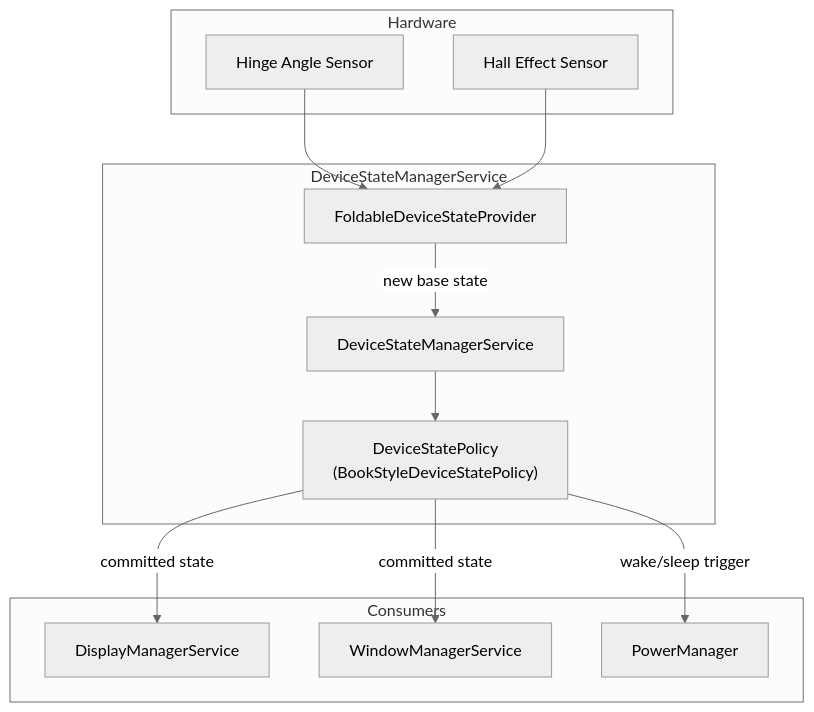
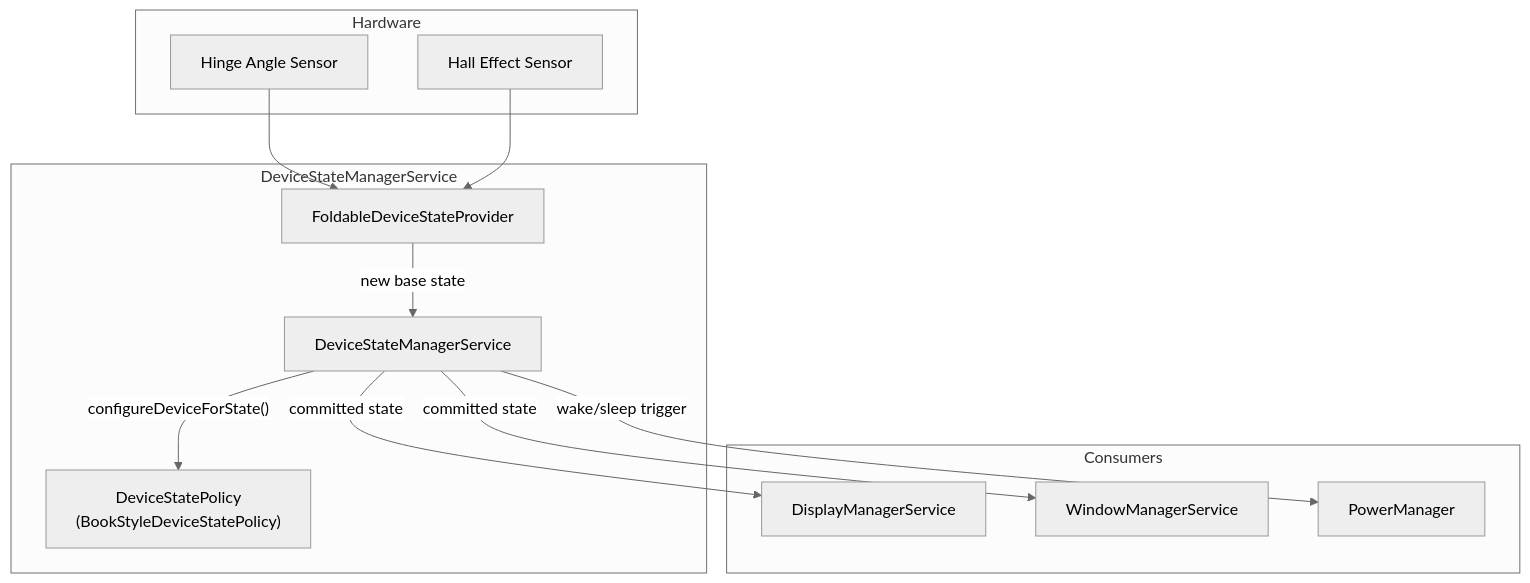
One commit to aospbooks/aosp-internal-book changed diagram 15 of 43 in agents/claude/skills/aosp-framework-core/24-display-system.md. Above: the diagram before and after it, drawn with Mermaid (neutral theme). The commit also changed other lines of this file and 218 other files, not shown here.

````diff
--- a/agents/claude/skills/aosp-framework-core/24-display-system.md
+++ b/agents/claude/skills/aosp-framework-core/24-display-system.md
@@ -1348,27 +1358,27 @@
 ```mermaid
 graph TD
     subgraph "Hardware"
         HA["Hinge Angle Sensor"]
         HE["Hall Effect Sensor"]
     end
 
     subgraph "DeviceStateManagerService"
         FDSP["FoldableDeviceStateProvider"]
         DSMS2["DeviceStateManagerService"]
         DSP["DeviceStatePolicy<br/>(BookStyleDeviceStatePolicy)"]
     end
 
     subgraph "Consumers"
         DMS2["DisplayManagerService"]
         WMS2["WindowManagerService"]
         PM["PowerManager"]
     end
 
     HA --> FDSP
     HE --> FDSP
     FDSP -->|"new base state"| DSMS2
-    DSMS2 --> DSP
-    DSP -->|"committed state"| DMS2
-    DSP -->|"committed state"| WMS2
-    DSP -->|"wake/sleep trigger"| PM
+    DSMS2 -->|"configureDeviceForState()"| DSP
+    DSMS2 -->|"committed state"| DMS2
+    DSMS2 -->|"committed state"| WMS2
+    DSMS2 -->|"wake/sleep trigger"| PM
 ```
````
